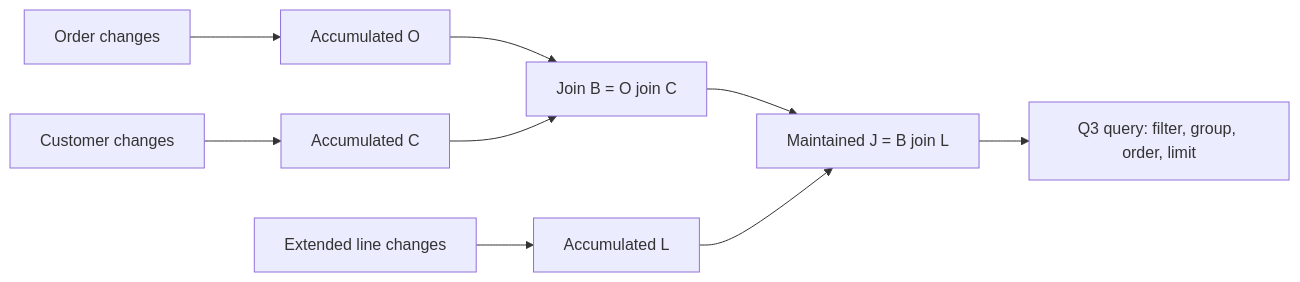
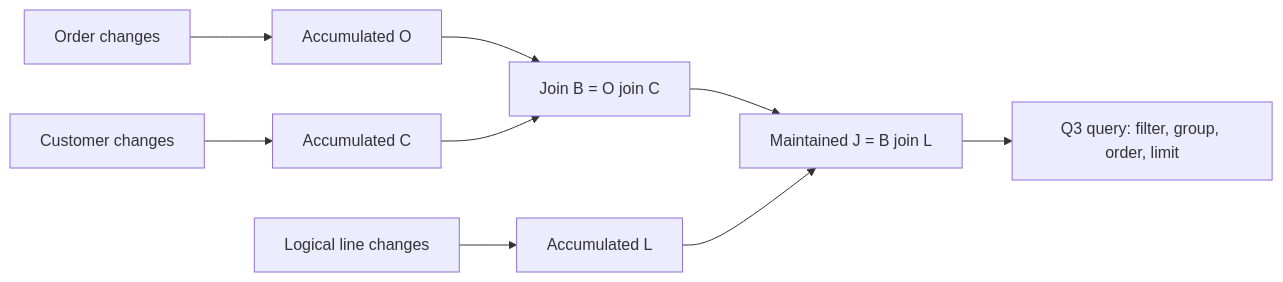
Before and after one commit to alicia-lyu/feldera: the diagram in docs/design/merged-index/support.md, drawn with Mermaid. The commit also changed other lines of this file and 4 other files, not shown here.

Commit message:
Document range-aligned IVM architecture and native execution boundary

````diff
--- a/docs/design/merged-index/support.md
+++ b/docs/design/merged-index/support.md
@@ -640,11 +673,11 @@
 ```mermaid
 flowchart LR
     DO[Order changes] --> O[Accumulated O]
     DC[Customer changes] --> C[Accumulated C]
     O --> B[Join B = O join C]
     C --> B
-    DL[Extended line changes] --> L[Accumulated L]
+    DL[Logical line changes] --> L[Accumulated L]
     B --> J[Maintained J = B join L]
     L --> J
     J --> Q[Q3 query: filter, group, order, limit]
 ```
````
